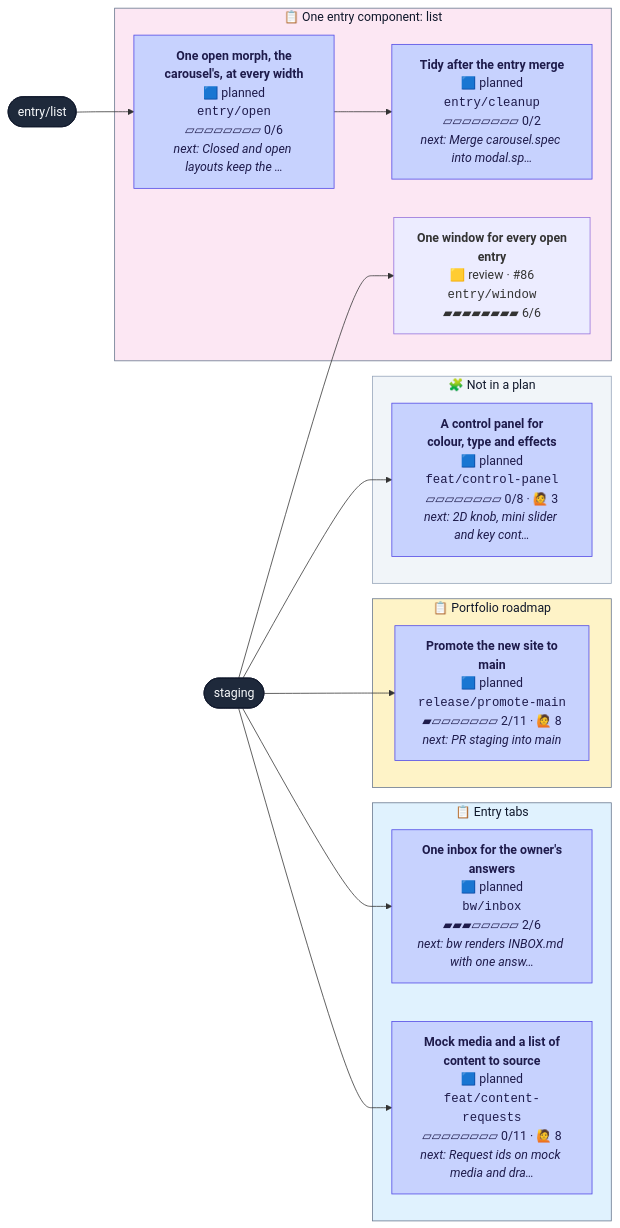
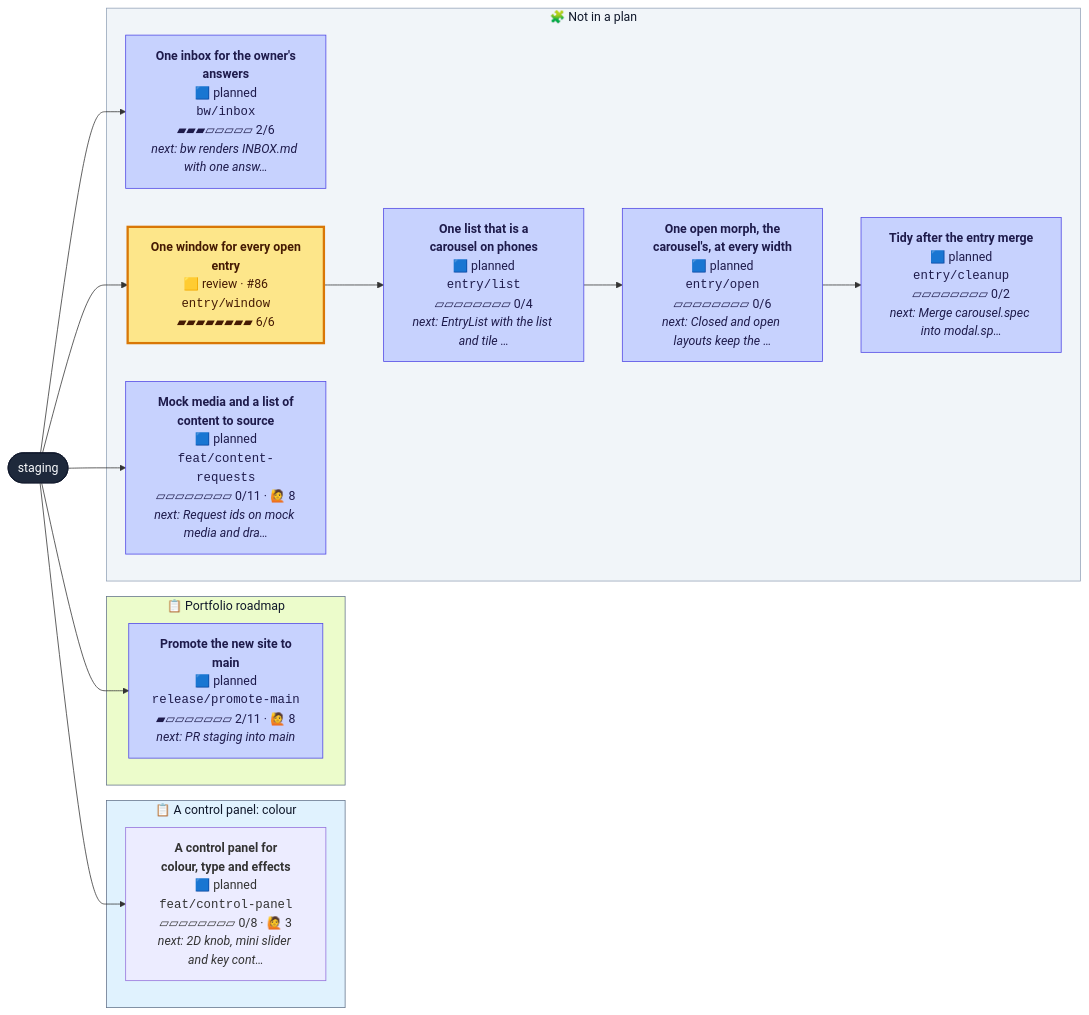
Before and after one commit to henryjonescodes/portfolio: the diagram in CONTRIBUTING.md, drawn with Mermaid. The commit also changed other lines of this file, not shown here.

````diff
--- a/CONTRIBUTING.md
+++ b/CONTRIBUTING.md
@@ -16,46 +16,44 @@
 ```mermaid
 flowchart LR
   n_staging([staging])
   class n_staging trunk
-  n_entry_list([entry/list])
-  class n_entry_list trunk
-  subgraph plan_0["📋 Entry tabs"]
+  subgraph plan_0["📋 A control panel: colour"]
+    n_feat_control_panel["<b>A control panel for<br/>colour, type and effects</b><br/>🟦 planned<br/><code>feat/control-panel</code><br/>▱▱▱▱▱▱▱▱ 0/8 · 🙋 3<br/><i>next: 2D knob, mini slider and key cont…</i>"]
+    class n_feat_control_panel planned,current
+  end
+  style plan_0 fill:#e0f2fe,stroke:#64748b,color:#0f172a
+  subgraph plan_2["📋 Portfolio roadmap"]
+    n_release_promote_main["<b>Promote the new site to<br/>main</b><br/>🟦 planned<br/><code>release/promote-main</code><br/>▰▱▱▱▱▱▱▱ 2/11 · 🙋 8<br/><i>next: PR staging into main</i>"]
+    class n_release_promote_main planned
+  end
+  style plan_2 fill:#ecfccb,stroke:#64748b,color:#0f172a
+  subgraph loose["🧩 Not in a plan"]
     n_bw_inbox["<b>One inbox for the owner's<br/>answers</b><br/>🟦 planned<br/><code>bw/inbox</code><br/>▰▰▰▱▱▱▱▱ 2/6<br/><i>next: bw renders INBOX.md with one answ…</i>"]
     class n_bw_inbox planned
-    n_feat_content_requests["<b>Mock media and a list of<br/>content to source</b><br/>🟦 planned<br/><code>feat/content-requests</code><br/>▱▱▱▱▱▱▱▱ 0/11 · 🙋 8<br/><i>next: Request ids on mock media and dra…</i>"]
-    class n_feat_content_requests planned
-  end
-  style plan_0 fill:#e0f2fe,stroke:#64748b,color:#0f172a
-  subgraph plan_1["📋 One entry component: list"]
     n_entry_cleanup["<b>Tidy after the entry merge</b><br/>🟦 planned<br/><code>entry/cleanup</code><br/>▱▱▱▱▱▱▱▱ 0/2<br/><i>next: Merge carousel.spec into modal.sp…</i>"]
     class n_entry_cleanup planned
+    n_entry_list["<b>One list that is a<br/>carousel on phones</b><br/>🟦 planned<br/><code>entry/list</code><br/>▱▱▱▱▱▱▱▱ 0/4<br/><i>next: EntryList with the list and tile …</i>"]
+    class n_entry_list planned
     n_entry_open["<b>One open morph, the<br/>carousel's, at every width</b><br/>🟦 planned<br/><code>entry/open</code><br/>▱▱▱▱▱▱▱▱ 0/6<br/><i>next: Closed and open layouts keep the …</i>"]
     class n_entry_open planned
     n_entry_window["<b>One window for every open<br/>entry</b><br/>🟨 review · #86<br/><code>entry/window</code><br/>▰▰▰▰▰▰▰▰ 6/6"]
-    class n_entry_window review,current
-  end
-  style plan_1 fill:#fce7f3,stroke:#64748b,color:#0f172a
-  subgraph plan_3["📋 Portfolio roadmap"]
-    n_release_promote_main["<b>Promote the new site to<br/>main</b><br/>🟦 planned<br/><code>release/promote-main</code><br/>▰▱▱▱▱▱▱▱ 2/11 · 🙋 8<br/><i>next: PR staging into main</i>"]
-    class n_release_promote_main planned
-  end
-  style plan_3 fill:#fef3c7,stroke:#64748b,color:#0f172a
-  subgraph loose["🧩 Not in a plan"]
-    n_feat_control_panel["<b>A control panel for<br/>colour, type and effects</b><br/>🟦 planned<br/><code>feat/control-panel</code><br/>▱▱▱▱▱▱▱▱ 0/8 · 🙋 3<br/><i>next: 2D knob, mini slider and key cont…</i>"]
-    class n_feat_control_panel planned
+    class n_entry_window review
+    n_feat_content_requests["<b>Mock media and a list of<br/>content to source</b><br/>🟦 planned<br/><code>feat/content-requests</code><br/>▱▱▱▱▱▱▱▱ 0/11 · 🙋 8<br/><i>next: Request ids on mock media and dra…</i>"]
+    class n_feat_content_requests planned
   end
   style loose fill:#f1f5f9,stroke:#94a3b8,color:#0f172a
   n_staging --> n_bw_inbox
   n_entry_open --> n_entry_cleanup
+  n_entry_window --> n_entry_list
   n_entry_list --> n_entry_open
   n_staging --> n_entry_window
   n_staging --> n_feat_content_requests
   n_staging --> n_feat_control_panel
   n_staging --> n_release_promote_main
   classDef planned fill:#c7d2fe,stroke:#4f46e5,color:#1e1b4b
   classDef active fill:#bbf7d0,stroke:#16a34a,stroke-width:3px,color:#052e16
   classDef review fill:#fde68a,stroke:#d97706,stroke-width:3px,color:#451a03
   classDef blocked fill:#fecaca,stroke:#dc2626,stroke-width:3px,color:#450a0a
   classDef trunk fill:#1e293b,stroke:#0f172a,color:#f8fafc
   classDef current stroke:#0ea5e9,stroke-width:5px
 ```
````
